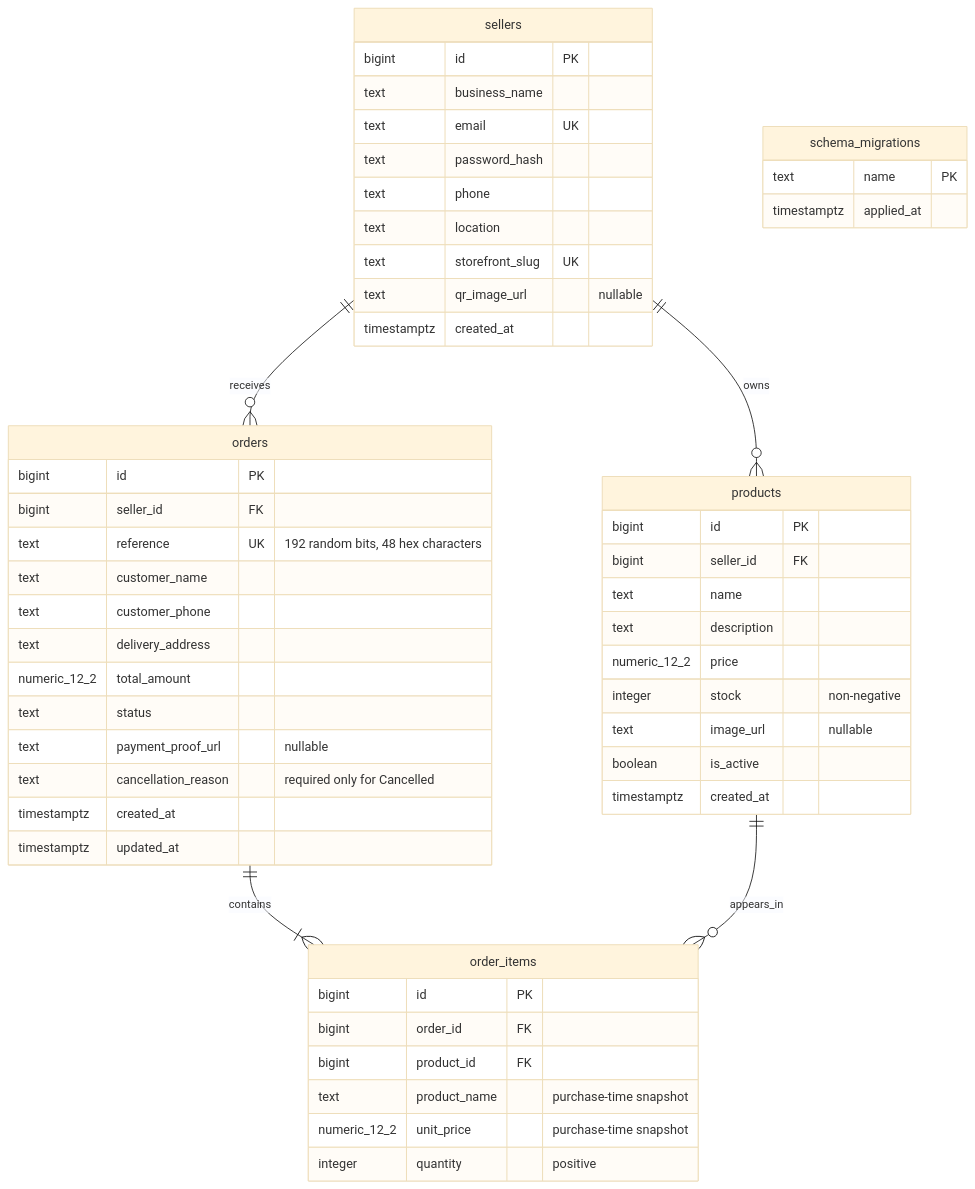
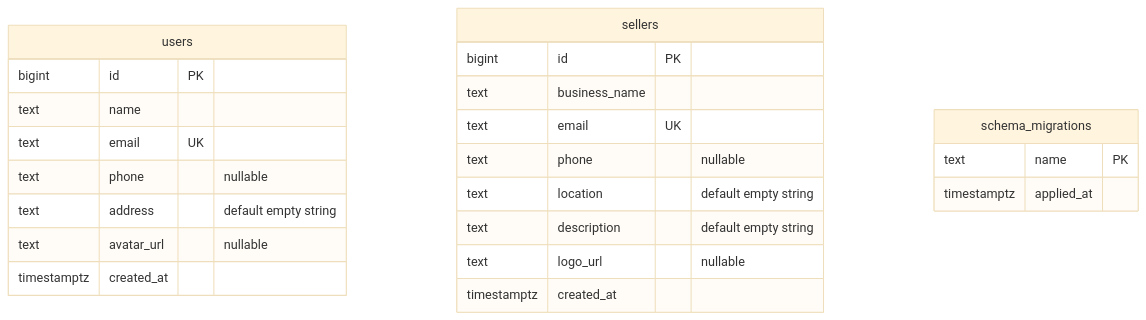
The diagram in docs/erd.md (Bomjan/tshongkhang), drawn with Mermaid (base theme) before and after one commit. The commit also changed other lines of this file and 4 other files, not shown here.

````diff
--- a/docs/erd.md
+++ b/docs/erd.md
@@ -5,56 +5,26 @@
 ```mermaid
 erDiagram
-    sellers ||--o{ products : owns
-    sellers ||--o{ orders : receives
-    orders ||--|{ order_items : contains
-    products ||--o{ order_items : appears_in
-
+    users {
+        bigint id PK
+        text name
+        text email UK
+        text phone "nullable"
+        text address "default empty string"
+        text avatar_url "nullable"
+        timestamptz created_at
+    }
     sellers {
         bigint id PK
         text business_name
         text email UK
-        text password_hash
-        text phone
-        text location
-        text storefront_slug UK
-        text qr_image_url "nullable"
+        text phone "nullable"
+        text location "default empty string"
+        text description "default empty string"
+        text logo_url "nullable"
         timestamptz created_at
-    }
-    products {
-        bigint id PK
-        bigint seller_id FK
-        text name
-        text description
-        numeric_12_2 price
-        integer stock "non-negative"
-        text image_url "nullable"
-        boolean is_active
-        timestamptz created_at
-    }
-    orders {
-        bigint id PK
-        bigint seller_id FK
-        text reference UK "192 random bits, 48 hex characters"
-        text customer_name
-        text customer_phone
-        text delivery_address
-        numeric_12_2 total_amount
-        text status
-        text payment_proof_url "nullable"
-        text cancellation_reason "required only for Cancelled"
-        timestamptz created_at
-        timestamptz updated_at
-    }
-    order_items {
-        bigint id PK
-        bigint order_id FK
-        bigint product_id FK
-        text product_name "purchase-time snapshot"
-        numeric_12_2 unit_price "purchase-time snapshot"
-        integer quantity "positive"
     }
     schema_migrations {
         text name PK
         timestamptz applied_at
     }
 ```
````
